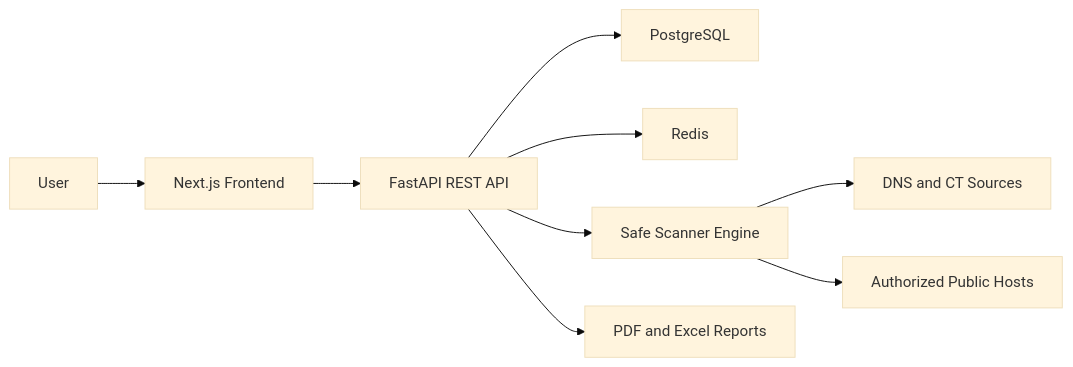
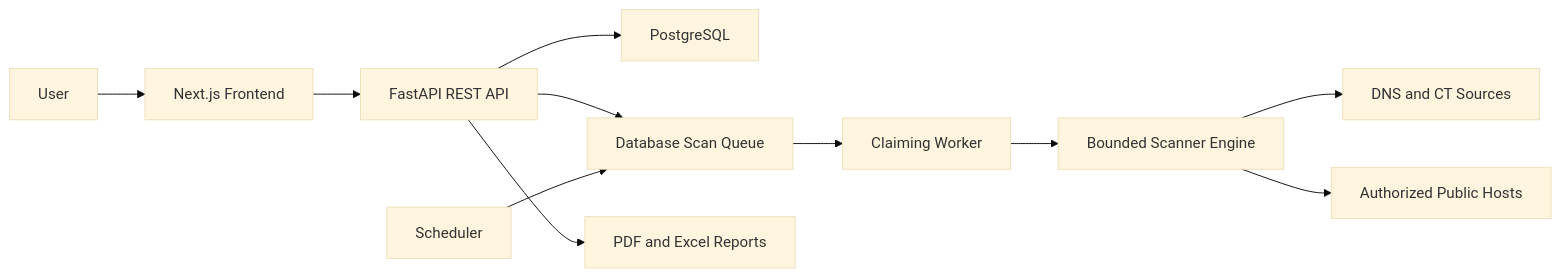
Before and after one commit to Ayaan-22/SurfaceWatch: the diagram in README.md, drawn with Mermaid (base theme). The commit also changed other lines of this file and 57 other files, not shown here.

First line of the commit message:
v2.0 Add atomic worker claiming and immutable manifests

````diff
--- a/README.md
+++ b/README.md
@@ -22,11 +25,13 @@
 ```mermaid
 flowchart LR
   User["User"] --> Frontend["Next.js Frontend"]
   Frontend --> API["FastAPI REST API"]
   API --> DB["PostgreSQL"]
-  API --> Redis["Redis"]
-  API --> Scanner["Safe Scanner Engine"]
+  API --> Queue["Database Scan Queue"]
+  Scheduler["Scheduler"] --> Queue
+  Queue --> Worker["Claiming Worker"]
+  Worker --> Scanner["Bounded Scanner Engine"]
   Scanner --> PublicDNS["DNS and CT Sources"]
   Scanner --> PublicWeb["Authorized Public Hosts"]
   API --> Reports["PDF and Excel Reports"]
 ```
````
